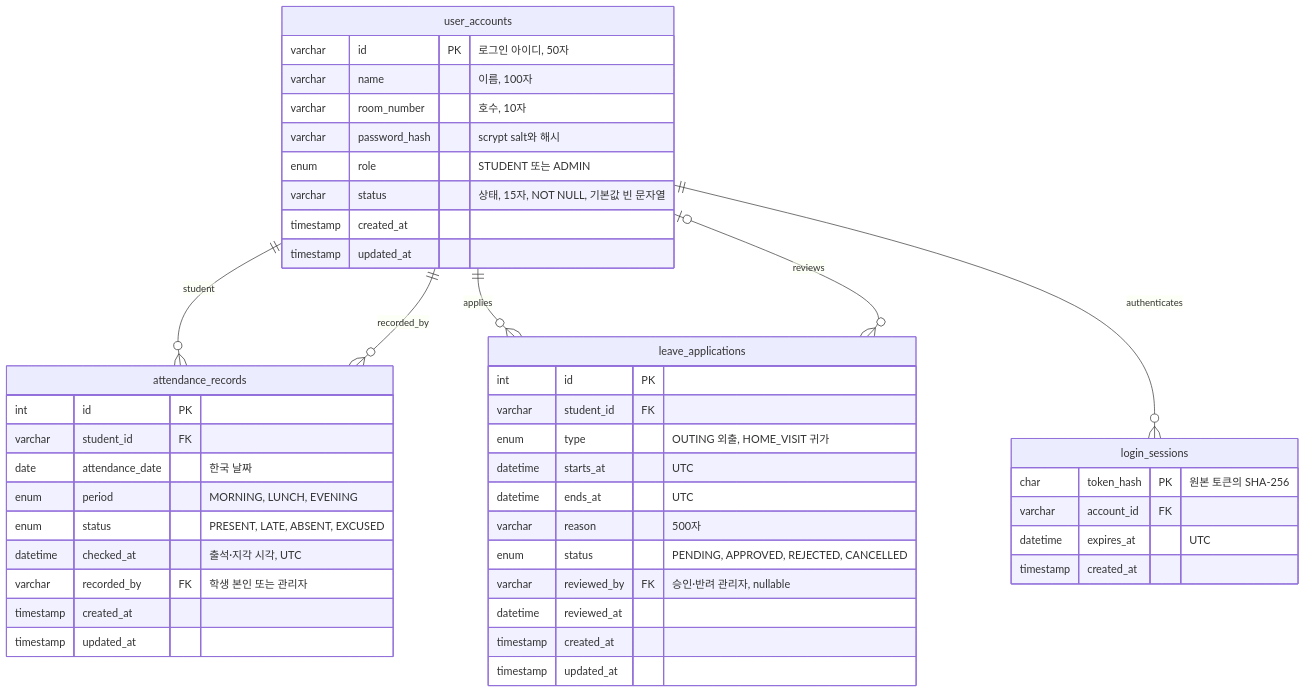
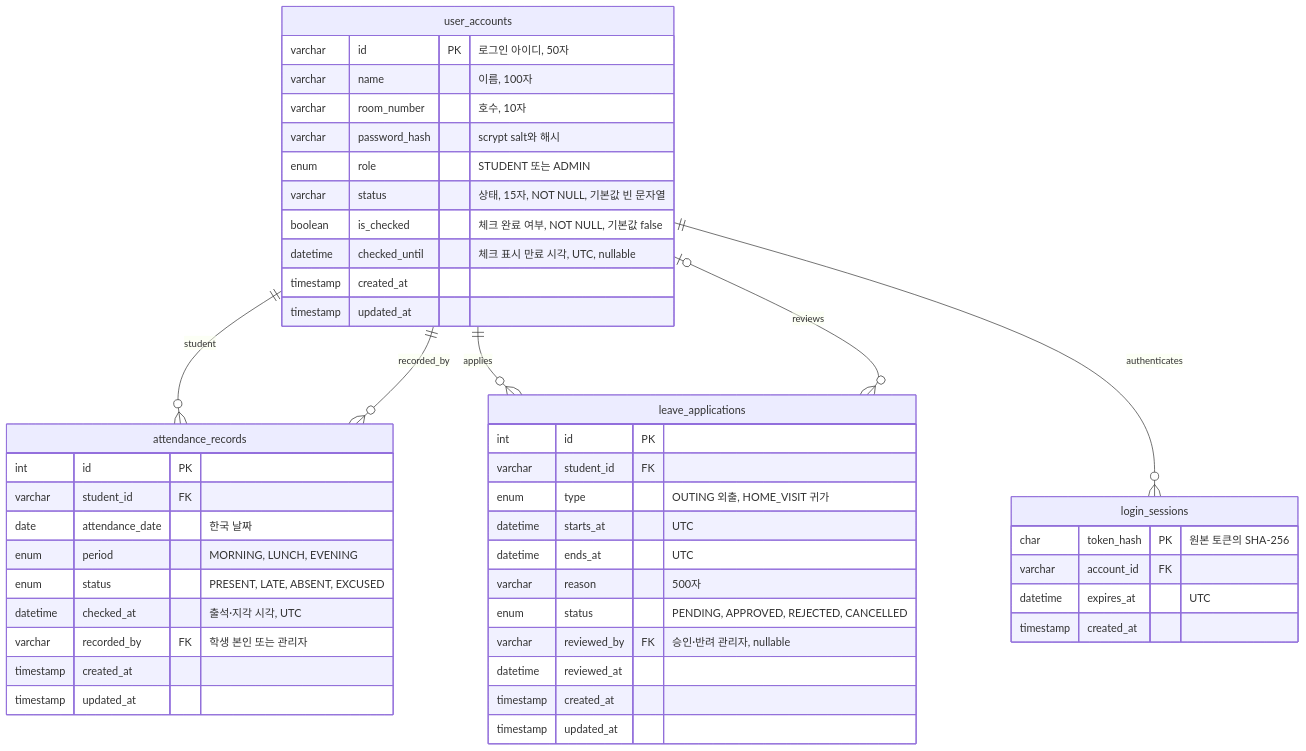
One commit to Jun4848/Mentos changed the diagram in Backend/docs/ERD.md. Above: the diagram before and after it, drawn with Mermaid. The commit also changed other lines of this file and 58 other files, not shown here.

````diff
--- a/Backend/docs/ERD.md
+++ b/Backend/docs/ERD.md
@@ -12,49 +12,51 @@
 ```mermaid
 erDiagram
     user_accounts ||--o{ attendance_records : student
     user_accounts ||--o{ attendance_records : recorded_by
     user_accounts ||--o{ leave_applications : applies
     user_accounts o|--o{ leave_applications : reviews
     user_accounts ||--o{ login_sessions : authenticates
 
     user_accounts {
         varchar id PK "로그인 아이디, 50자"
         varchar name "이름, 100자"
         varchar room_number "호수, 10자"
         varchar password_hash "scrypt salt와 해시"
         enum role "STUDENT 또는 ADMIN"
         varchar status "상태, 15자, NOT NULL, 기본값 빈 문자열"
+        boolean is_checked "체크 완료 여부, NOT NULL, 기본값 false"
+        datetime checked_until "체크 표시 만료 시각, UTC, nullable"
         timestamp created_at
         timestamp updated_at
     }
     attendance_records {
         int id PK
         varchar student_id FK
         date attendance_date "한국 날짜"
         enum period "MORNING, LUNCH, EVENING"
         enum status "PRESENT, LATE, ABSENT, EXCUSED"
         datetime checked_at "출석·지각 시각, UTC"
         varchar recorded_by FK "학생 본인 또는 관리자"
         timestamp created_at
         timestamp updated_at
     }
     leave_applications {
         int id PK
         varchar student_id FK
         enum type "OUTING 외출, HOME_VISIT 귀가"
         datetime starts_at "UTC"
         datetime ends_at "UTC"
         varchar reason "500자"
         enum status "PENDING, APPROVED, REJECTED, CANCELLED"
         varchar reviewed_by FK "승인·반려 관리자, nullable"
         datetime reviewed_at
         timestamp created_at
         timestamp updated_at
     }
     login_sessions {
         char token_hash PK "원본 토큰의 SHA-256"
         varchar account_id FK
         datetime expires_at "UTC"
         timestamp created_at
     }
 ```
````
